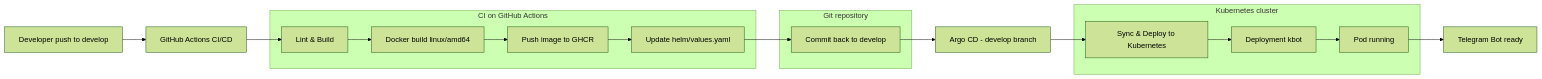
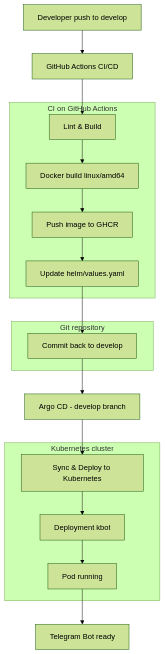
The diagram in README.md (kors-dev/kbot), drawn with Mermaid (forest theme) before and after one commit.

````diff
--- a/README.md
+++ b/README.md
@@ -75,28 +75,28 @@
 ```mermaid
-flowchart LR
+flowchart TB
   A[Developer push to develop] --> B[GitHub Actions CI/CD]
 
   subgraph CI[CI on GitHub Actions]
     B1[Lint & Build]
     B2[Docker build linux/amd64]
     B3[Push image to GHCR]
     B4[Update helm/values.yaml]
     B1 --> B2 --> B3 --> B4
   end
   B --> B1
   B4 --> G[Commit back to develop]
 
   subgraph Git[Git repository]
     G
   end
 
   G --> H[Argo CD - develop branch]
   H --> I[Sync & Deploy to Kubernetes]
 
   subgraph K8s[Kubernetes cluster]
     I --> J[Deployment kbot]
     J --> K[Pod running]
   end
 
   K --> T[Telegram Bot ready]
 ```
````
